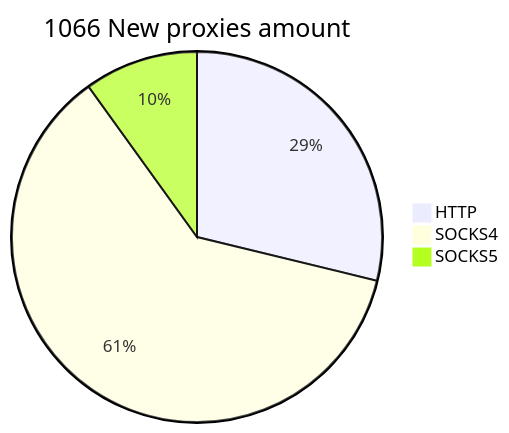
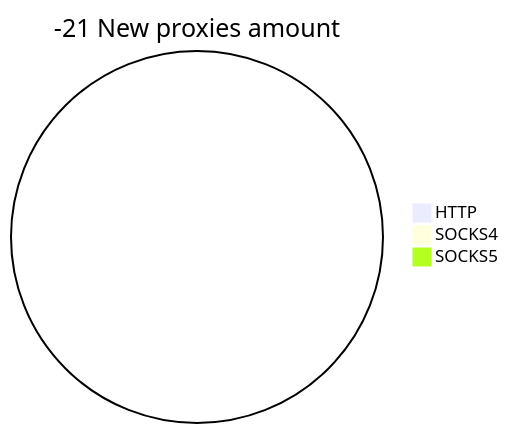
One commit to cutipu/proxylist changed the second of 2 diagrams in README.md. Above: the diagram before and after it, drawn with Mermaid. The commit also changed other lines of this file, not shown here.

````diff
--- a/README.md
+++ b/README.md
@@ -10,6 +10,6 @@
 ```mermaid
-pie title 1066 New proxies amount
-    "HTTP" : 307
-    "SOCKS4" : 653
-    "SOCKS5" : 106
+pie title -21 New proxies amount
+    "HTTP" : 0
+    "SOCKS4" : 0
+    "SOCKS5" : 0
 ```
````
